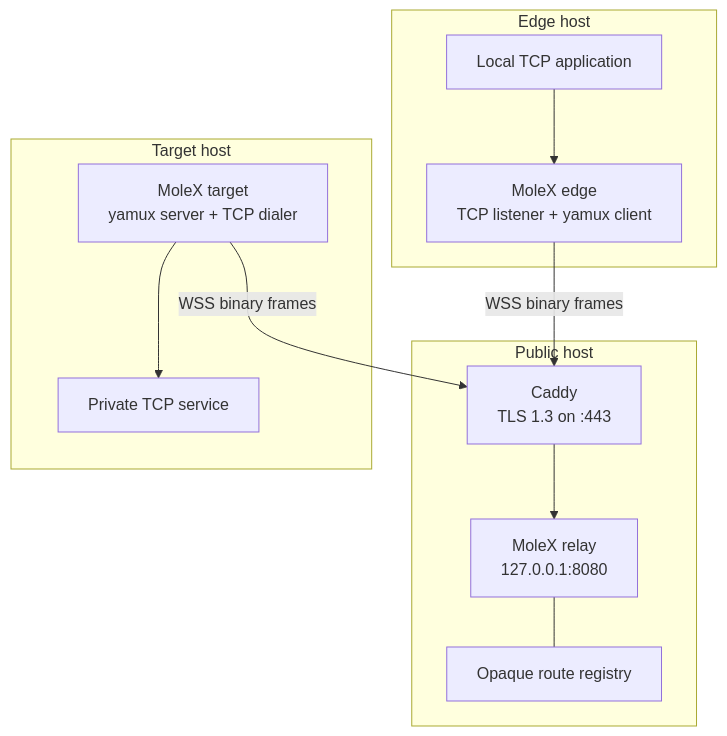
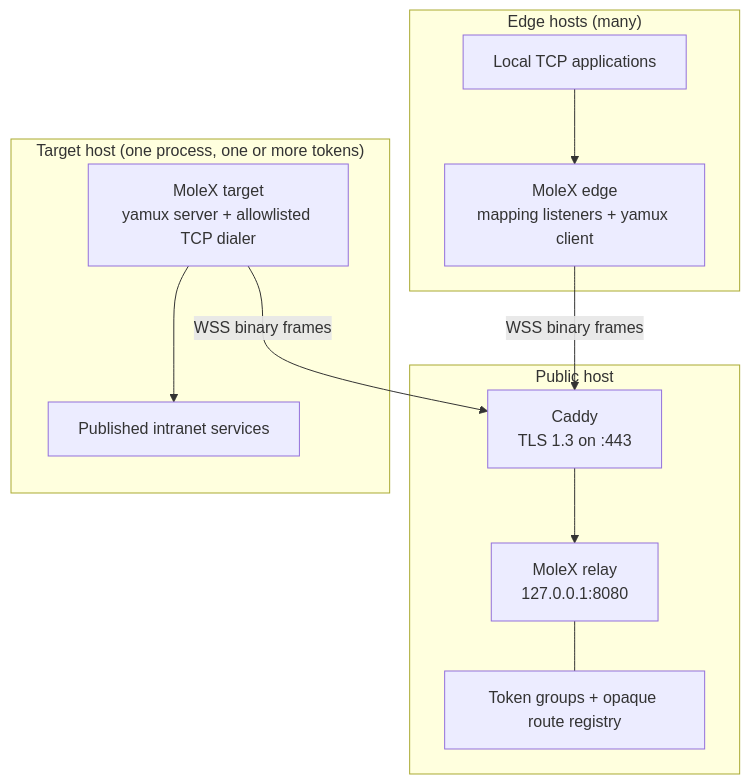
One commit to suifei/molex changed the first of 4 diagrams in docs/architecture.md. Above: the diagram before and after it, drawn with Mermaid. The commit also changed other lines of this file and 71 other files, not shown here.

First line of the commit message:
Release MoleX v0.4.0 with the v2 token-group architecture.

````diff
--- a/docs/architecture.md
+++ b/docs/architecture.md
@@ -5,25 +5,25 @@
 ```mermaid
 flowchart TB
-    subgraph EdgeHost["Edge host"]
-        App["Local TCP application"]
-        Edge["MoleX edge\nTCP listener + yamux client"]
+    subgraph EdgeHosts["Edge hosts (many)"]
+        App["Local TCP applications"]
+        Edge["MoleX edge\nmapping listeners + yamux client"]
         App --> Edge
     end
 
     subgraph PublicHost["Public host"]
         Caddy["Caddy\nTLS 1.3 on :443"]
         Relay["MoleX relay\n127.0.0.1:8080"]
-        Registry["Opaque route registry"]
+        Registry["Token groups + opaque route registry"]
         Caddy --> Relay
         Relay --- Registry
     end
 
-    subgraph TargetHost["Target host"]
-        Target["MoleX target\nyamux server + TCP dialer"]
-        Service["Private TCP service"]
-        Target --> Service
+    subgraph TargetHost["Target host (one process, one or more tokens)"]
+        Target["MoleX target\nyamux server + allowlisted TCP dialer"]
+        Services["Published intranet services"]
+        Target --> Services
     end
 
     Edge -->|"WSS binary frames"| Caddy
     Target -->|"WSS binary frames"| Caddy
 ```
````
